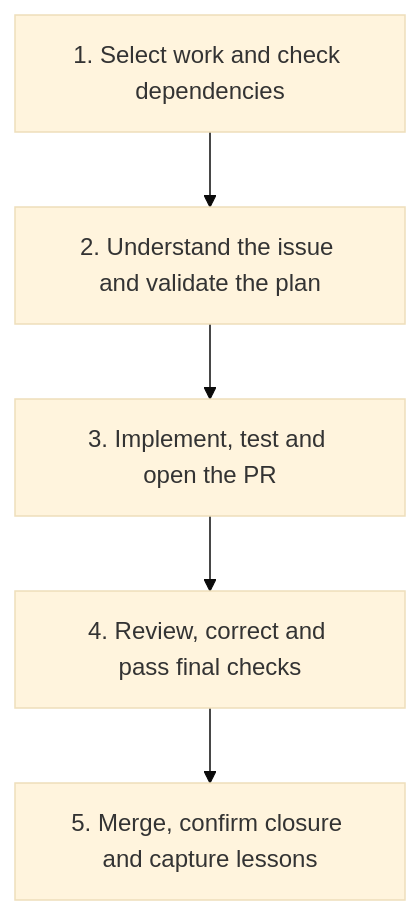
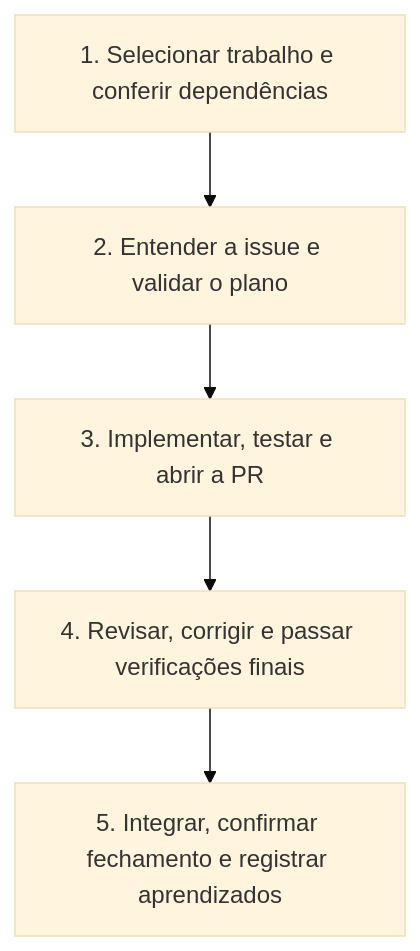
Before and after one commit to rocker-code/my-ai-skills: the first of 5 diagrams in README.md, drawn with Mermaid (base theme). The commit also changed other lines of this file and 7 other files, not shown here.

````diff
--- a/README.md
+++ b/README.md
@@ -62,7 +64,7 @@
 ```mermaid
 flowchart TD
-    A["1. Select work and check dependencies"] --> B["2. Understand the issue and validate the plan"]
-    B --> C["3. Implement, test and open the PR"]
-    C --> D["4. Review, correct and pass final checks"]
-    D --> E["5. Merge, confirm closure and capture lessons"]
+    A["1. Selecionar trabalho e conferir dependências"] --> B["2. Entender a issue e validar o plano"]
+    B --> C["3. Implementar, testar e abrir a PR"]
+    C --> D["4. Revisar, corrigir e passar verificações finais"]
+    D --> E["5. Integrar, confirmar fechamento e registrar aprendizados"]
 ```
````
